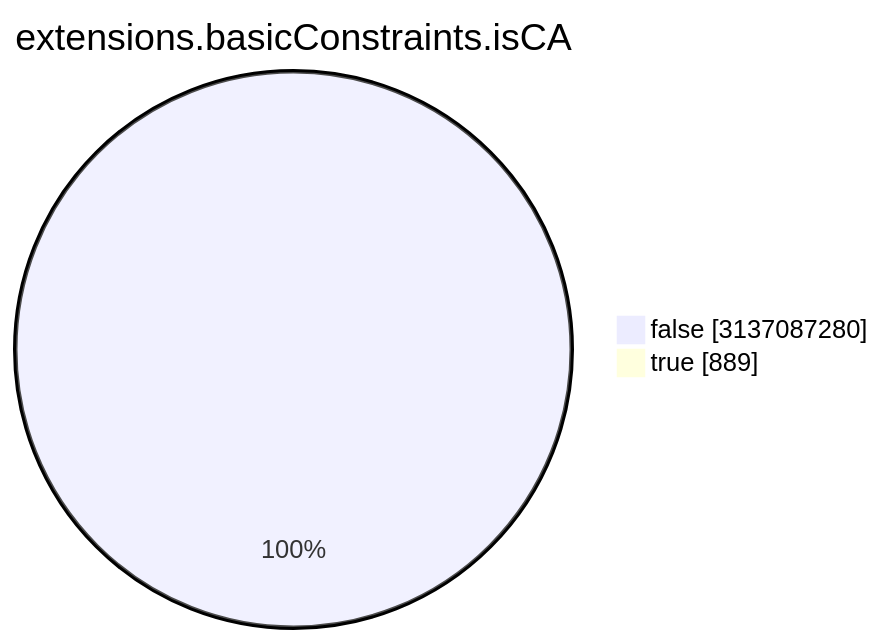
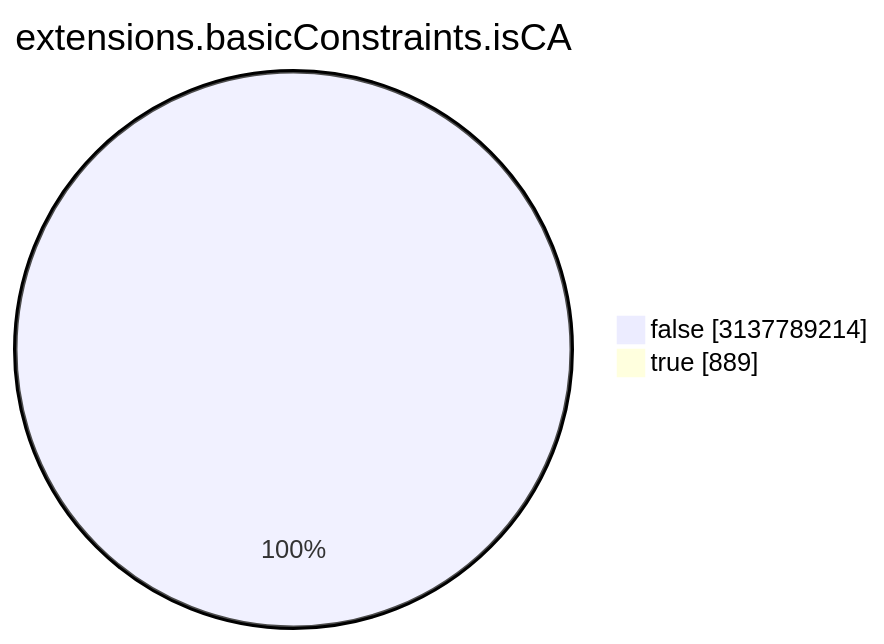
One commit to christiankrug/ctmonitor_visualization changed the seventh of 15 diagrams in TOTAL/README.md. Above: the diagram before and after it, drawn with Mermaid. The commit also changed other lines of this file, not shown here.

````diff
--- a/TOTAL/README.md
+++ b/TOTAL/README.md
@@ -3088,6 +3088,6 @@
 ```mermaid
 pie showData
 title extensions.basicConstraints.isCA
-"false" :3137087280
+"false" :3137789214
 "true" :889
 ```
````
